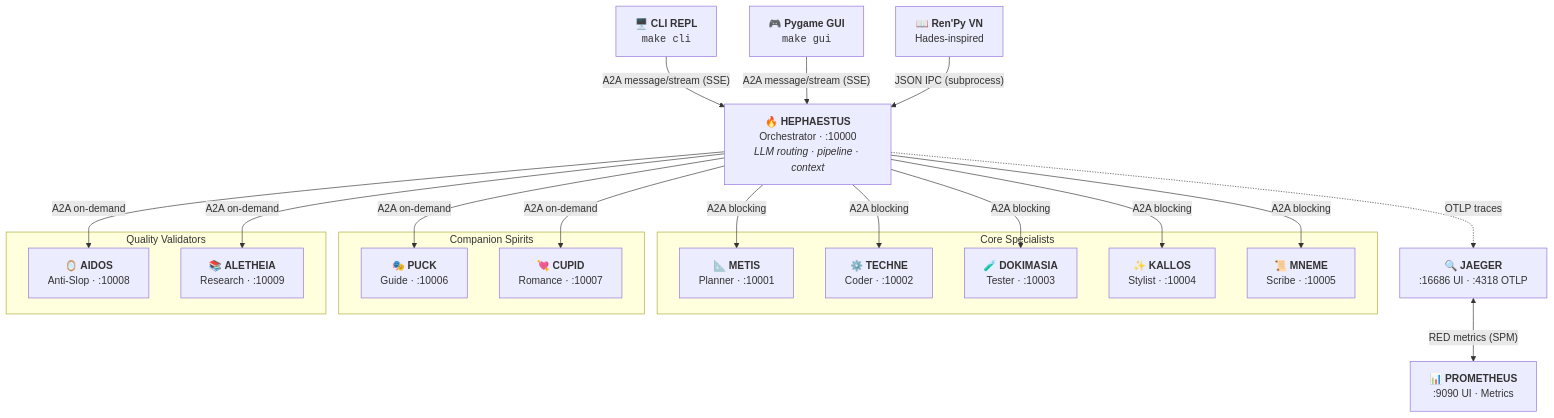
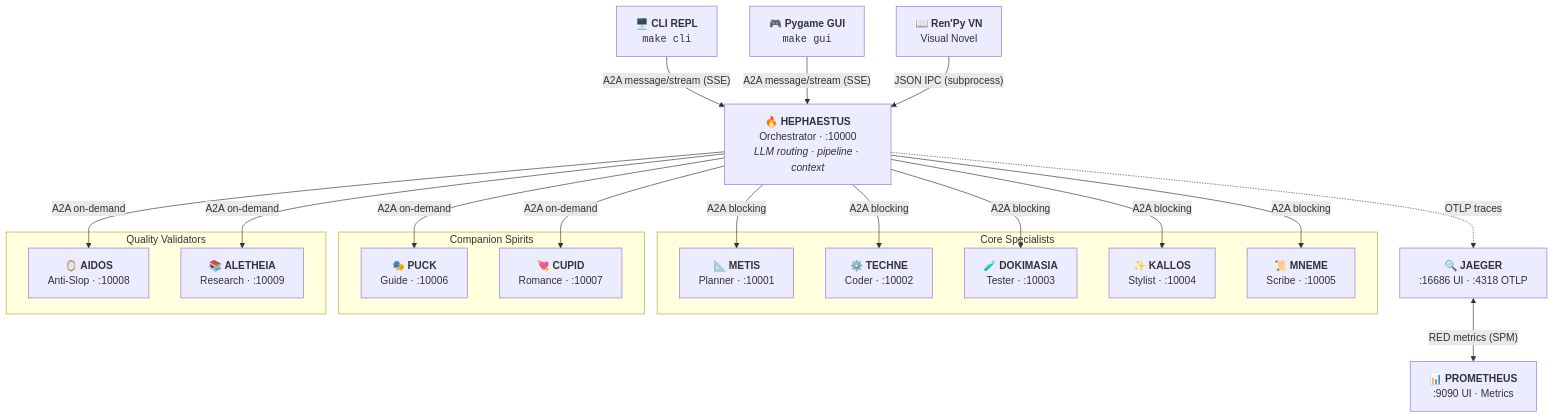
The diagram in docs/architecture/index.md (ajbarea/kourai-khryseai), drawn with Mermaid before and after one commit. The commit also changed 5 other files, not shown here.

````diff
--- a/docs/architecture/index.md
+++ b/docs/architecture/index.md
@@ -17,43 +17,43 @@
 ```mermaid
 flowchart TD
     CLI["🖥️ <b>CLI REPL</b><br/><code>make cli</code>"]
     GUI["🎮 <b>Pygame GUI</b><br/><code>make gui</code>"]
-    VN["📖 <b>Ren'Py VN</b><br/>Hades-inspired"]
+    VN["📖 <b>Ren'Py VN</b><br/>Visual Novel"]
     HEP["🔥 <b>HEPHAESTUS</b><br/>Orchestrator · :10000<br/><i>LLM routing · pipeline · context</i>"]
 
     subgraph core ["Core Specialists"]
         MET["📐 <b>METIS</b><br/>Planner · :10001"]
         TEC["⚙️ <b>TECHNE</b><br/>Coder · :10002"]
         DOK["🧪 <b>DOKIMASIA</b><br/>Tester · :10003"]
         KAL["✨ <b>KALLOS</b><br/>Stylist · :10004"]
         MNE["📜 <b>MNEME</b><br/>Scribe · :10005"]
     end
 
     subgraph spirits ["Companion Spirits"]
         PUC["🎭 <b>PUCK</b><br/>Guide · :10006"]
         CUP["💘 <b>CUPID</b><br/>Romance · :10007"]
     end
 
     subgraph validators ["Quality Validators"]
         AID["🪞 <b>AIDOS</b><br/>Anti-Slop · :10008"]
         ALE["📚 <b>ALETHEIA</b><br/>Research · :10009"]
     end
 
     JAE["🔍 <b>JAEGER</b><br/>:16686 UI · :4318 OTLP"]
     PRO["📊 <b>PROMETHEUS</b><br/>:9090 UI · Metrics"]
 
     CLI -->|"A2A message/stream (SSE)"| HEP
     GUI -->|"A2A message/stream (SSE)"| HEP
     VN -->|"JSON IPC (subprocess)"| HEP
     HEP -->|"A2A blocking"| MET
     HEP -->|"A2A blocking"| TEC
     HEP -->|"A2A blocking"| DOK
     HEP -->|"A2A blocking"| KAL
     HEP -->|"A2A blocking"| MNE
     HEP -->|"A2A on-demand"| PUC
     HEP -->|"A2A on-demand"| CUP
     HEP -->|"A2A on-demand"| AID
     HEP -->|"A2A on-demand"| ALE
     HEP -.->|"OTLP traces"| JAE
     JAE <-->|"RED metrics (SPM)"| PRO
 ```
````
